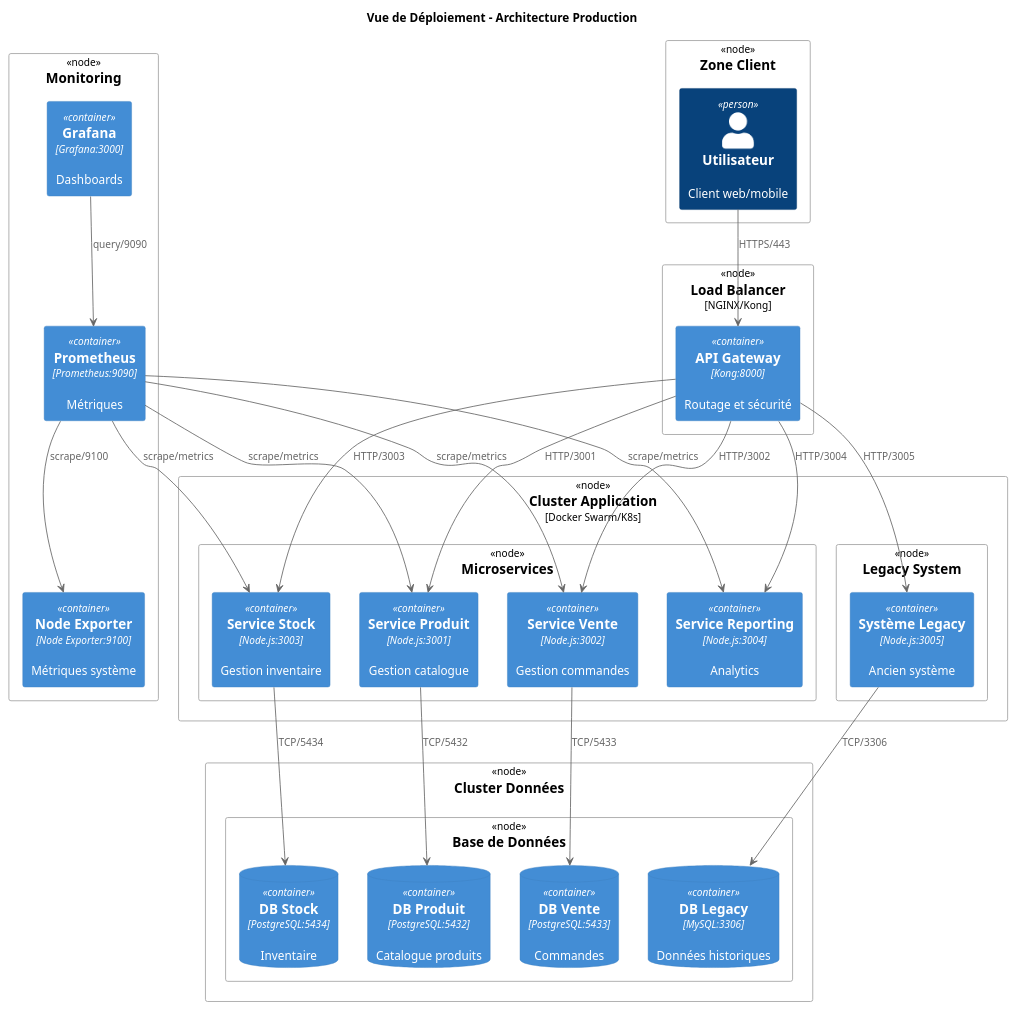
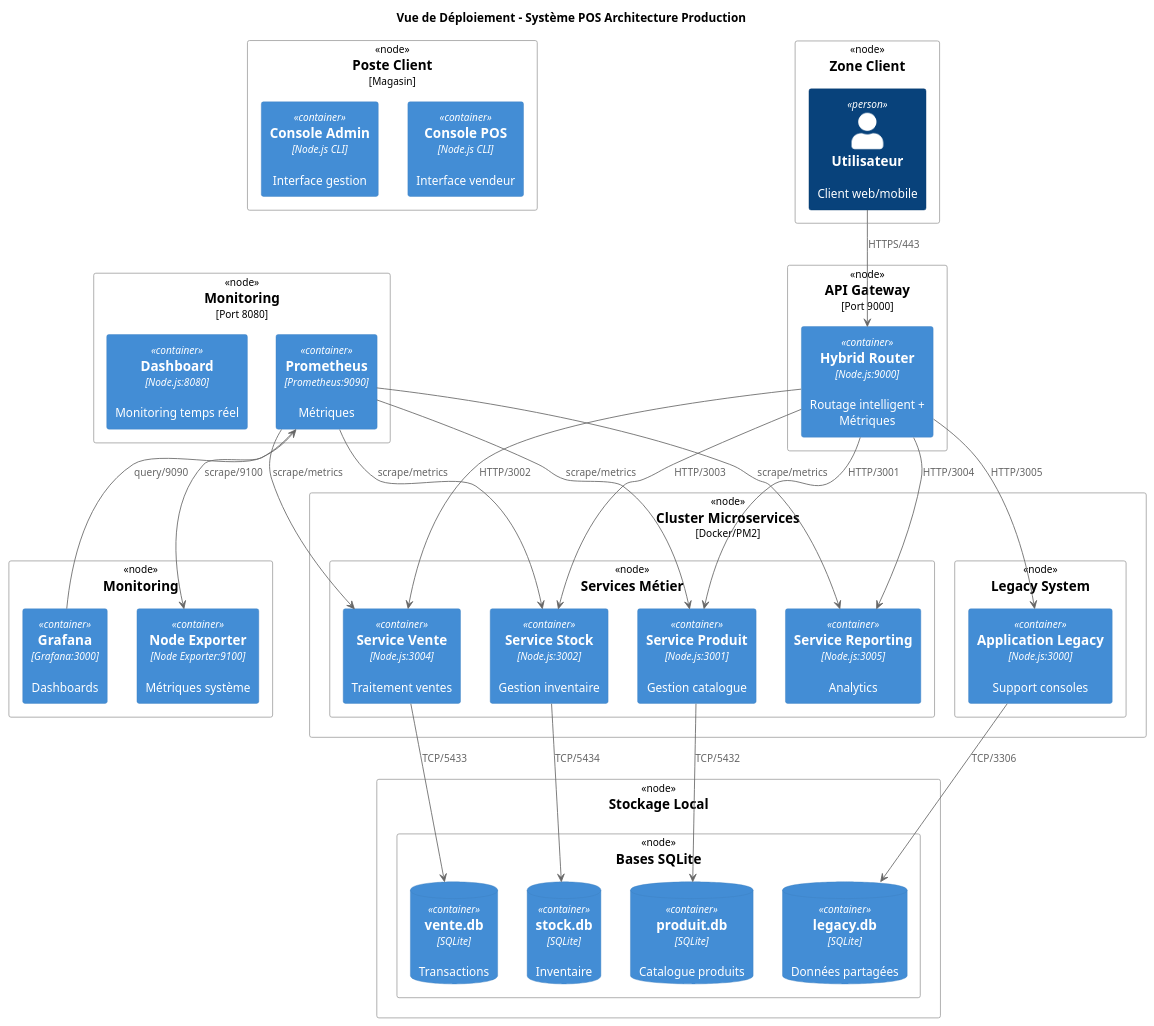
One commit to tahabeniffou/LOG430_Lab_TB changed the diagram in documentation/diagrams/Vue_Deploiement.puml. Above: the diagram before and after it, drawn with PlantUML. The commit also changed 78 other files, not shown here.

```diff
--- a/documentation/diagrams/Vue_Deploiement.puml
+++ b/documentation/diagrams/Vue_Deploiement.puml
@@ -1,63 +1,73 @@
 @startuml Vue_Deploiement
 !include https://raw.githubusercontent.com/plantuml-stdlib/C4-PlantUML/master/C4_Deployment.puml
 
-title Vue de Déploiement - Architecture Production
+title Vue de Déploiement - Système POS Architecture Production
 
-Deployment_Node(lb, "Load Balancer", "NGINX/Kong") {
-  Container(gateway, "API Gateway", "Kong:8000", "Routage et sécurité")
+Deployment_Node(client_tier, "Poste Client", "Magasin") {
+  Container(pos_console, "Console POS", "Node.js CLI", "Interface vendeur")
+  Container(admin_console, "Console Admin", "Node.js CLI", "Interface gestion")
 }
 
-Deployment_Node(app_cluster, "Cluster Application", "Docker Swarm/K8s") {
-  Deployment_Node(microservices, "Microservices") {
+Deployment_Node(gateway_tier, "API Gateway", "Port 9000") {
+  Container(gateway, "Hybrid Router", "Node.js:9000", "Routage intelligent + Métriques")
+}
+
+Deployment_Node(app_cluster, "Cluster Microservices", "Docker/PM2") {
+  Deployment_Node(microservices, "Services Métier") {
     Container(produit, "Service Produit", "Node.js:3001", "Gestion catalogue")
-    Container(vente, "Service Vente", "Node.js:3002", "Gestion commandes")
-    Container(stock, "Service Stock", "Node.js:3003", "Gestion inventaire")
-    Container(reporting, "Service Reporting", "Node.js:3004", "Analytics")
+    Container(stock, "Service Stock", "Node.js:3002", "Gestion inventaire")
+    Container(vente, "Service Vente", "Node.js:3004", "Traitement ventes")
+    Container(reporting, "Service Reporting", "Node.js:3005", "Analytics")
   }
   
   Deployment_Node(legacy_node, "Legacy System") {
-    Container(legacy, "Système Legacy", "Node.js:3005", "Ancien système")
+    Container(legacy, "Application Legacy", "Node.js:3000", "Support consoles")
   }
 }
 
-Deployment_Node(data_cluster, "Cluster Données") {
-  Deployment_Node(db_node, "Base de Données") {
-    ContainerDb(db_produit, "DB Produit", "PostgreSQL:5432", "Catalogue produits")
-    ContainerDb(db_vente, "DB Vente", "PostgreSQL:5433", "Commandes")
-    ContainerDb(db_stock, "DB Stock", "PostgreSQL:5434", "Inventaire")
-    ContainerDb(db_legacy, "DB Legacy", "MySQL:3306", "Données historiques")
+Deployment_Node(data_cluster, "Stockage Local") {
+  Deployment_Node(db_node, "Bases SQLite") {
+    ContainerDb(db_produit, "produit.db", "SQLite", "Catalogue produits")
+    ContainerDb(db_stock, "stock.db", "SQLite", "Inventaire")
+    ContainerDb(db_vente, "vente.db", "SQLite", "Transactions")
+    ContainerDb(db_legacy, "legacy.db", "SQLite", "Données partagées")
   }
+}
+
+Deployment_Node(monitoring, "Monitoring", "Port 8080") {
+  Container(prometheus, "Métriques", "Prometheus", "Collecte métriques")
+  Container(dashboard, "Dashboard", "Node.js:8080", "Monitoring temps réel")
 }
 
 Deployment_Node(monitoring_cluster, "Monitoring") {
   Container(prometheus, "Prometheus", "Prometheus:9090", "Métriques")
   Container(grafana, "Grafana", "Grafana:3000", "Dashboards")
   Container(node_exporter, "Node Exporter", "Node Exporter:9100", "Métriques système")
 }
 
 Deployment_Node(client_zone, "Zone Client") {
   Person(user, "Utilisateur", "Client web/mobile")
 }
 
 ' Relations
 user --> gateway : HTTPS/443
 gateway --> produit : HTTP/3001
 gateway --> vente : HTTP/3002
 gateway --> stock : HTTP/3003
 gateway --> reporting : HTTP/3004
 gateway --> legacy : HTTP/3005
 
 produit --> db_produit : TCP/5432
 vente --> db_vente : TCP/5433
 stock --> db_stock : TCP/5434
 legacy --> db_legacy : TCP/3306
 
 prometheus --> produit : scrape/metrics
 prometheus --> vente : scrape/metrics
 prometheus --> stock : scrape/metrics
 prometheus --> reporting : scrape/metrics
 prometheus --> node_exporter : scrape/9100
 
 grafana --> prometheus : query/9090
 
 @enduml
```
